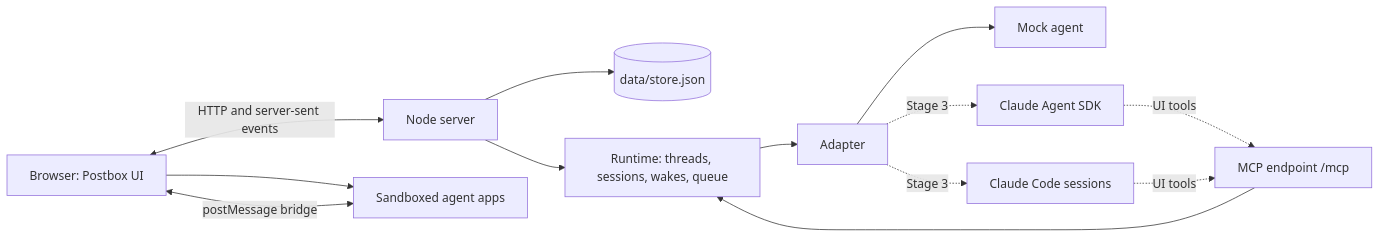
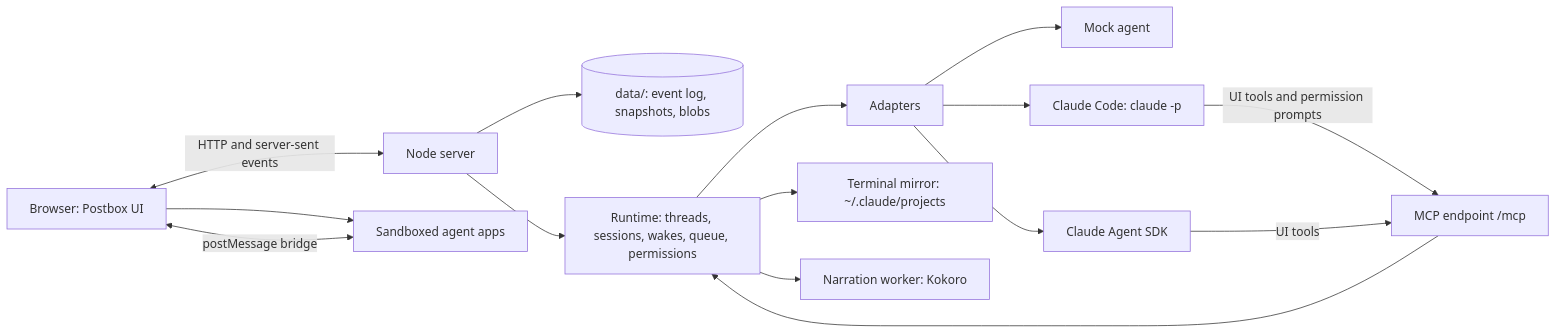
One commit to HJeon139/postbox changed the diagram in README.md. Above: the diagram before and after it, drawn with Mermaid. The commit also changed other lines of this file and 72 other files, not shown here.

````diff
--- a/README.md
+++ b/README.md
@@ -44,15 +56,17 @@
 ```mermaid
 flowchart LR
   B[Browser: Postbox UI] <-->|HTTP and server-sent events| S[Node server]
-  S --> ST[(data/store.json)]
-  S --> RT[Runtime: threads, sessions, wakes, queue]
-  RT --> AD[Adapter]
+  S --> ST[(data/: event log, snapshots, blobs)]
+  S --> RT[Runtime: threads, sessions, wakes, queue, permissions]
+  RT --> AD[Adapters]
   AD --> MOCK[Mock agent]
-  AD -.->|Stage 3| SDK[Claude Agent SDK]
-  AD -.->|Stage 3| CC[Claude Code sessions]
-  SDK -.->|UI tools| MCP[MCP endpoint /mcp]
-  CC -.->|UI tools| MCP
+  AD --> CC[Claude Code: claude -p]
+  AD --> SDK[Claude Agent SDK]
+  CC -->|UI tools and permission prompts| MCP[MCP endpoint /mcp]
+  SDK -->|UI tools| MCP
   MCP --> RT
+  RT --> TM[Terminal mirror: ~/.claude/projects]
+  RT --> NR[Narration worker: Kokoro]
   B --> SB[Sandboxed agent apps]
   SB <-->|postMessage bridge| B
 ```
````
